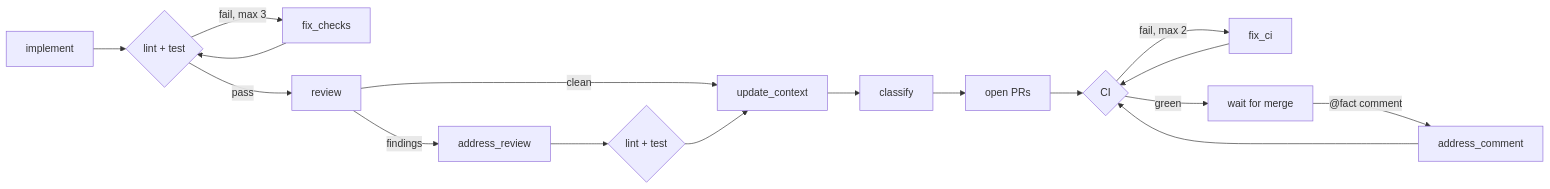
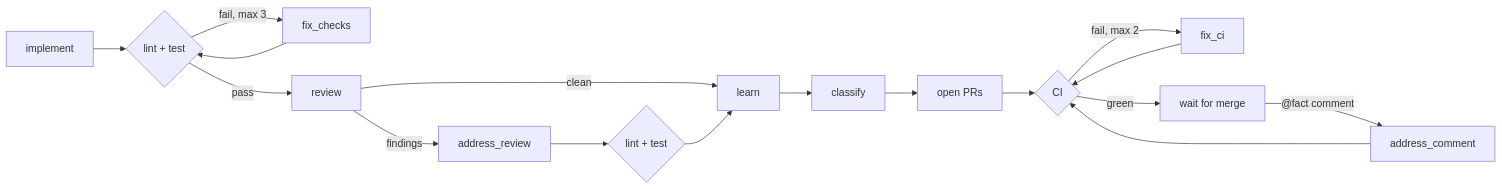
The diagram in docs/spec/07-reference-workflow.md (Kahncode/fact), drawn with Mermaid before and after one commit. The commit also changed 253 other files, not shown here.

````diff
--- a/docs/spec/07-reference-workflow.md
+++ b/docs/spec/07-reference-workflow.md
@@ -3,13 +3,13 @@
 ```mermaid
 flowchart LR
     I[implement] --> C{lint + test}
     C -- fail, max 3 --> F[fix_checks] --> C
     C -- pass --> R[review]
     R -- findings --> AR[address_review] --> C2{lint + test}
-    R -- clean --> U[update_context]
+    R -- clean --> U[learn]
     C2 --> U
     U --> CL[classify] --> P[open PRs] --> CI{CI}
     CI -- fail, max 2 --> FC[fix_ci] --> CI
     CI -- green --> M[wait for merge]
     M -- "@fact comment" --> AC[address_comment] --> CI
 ```
````
